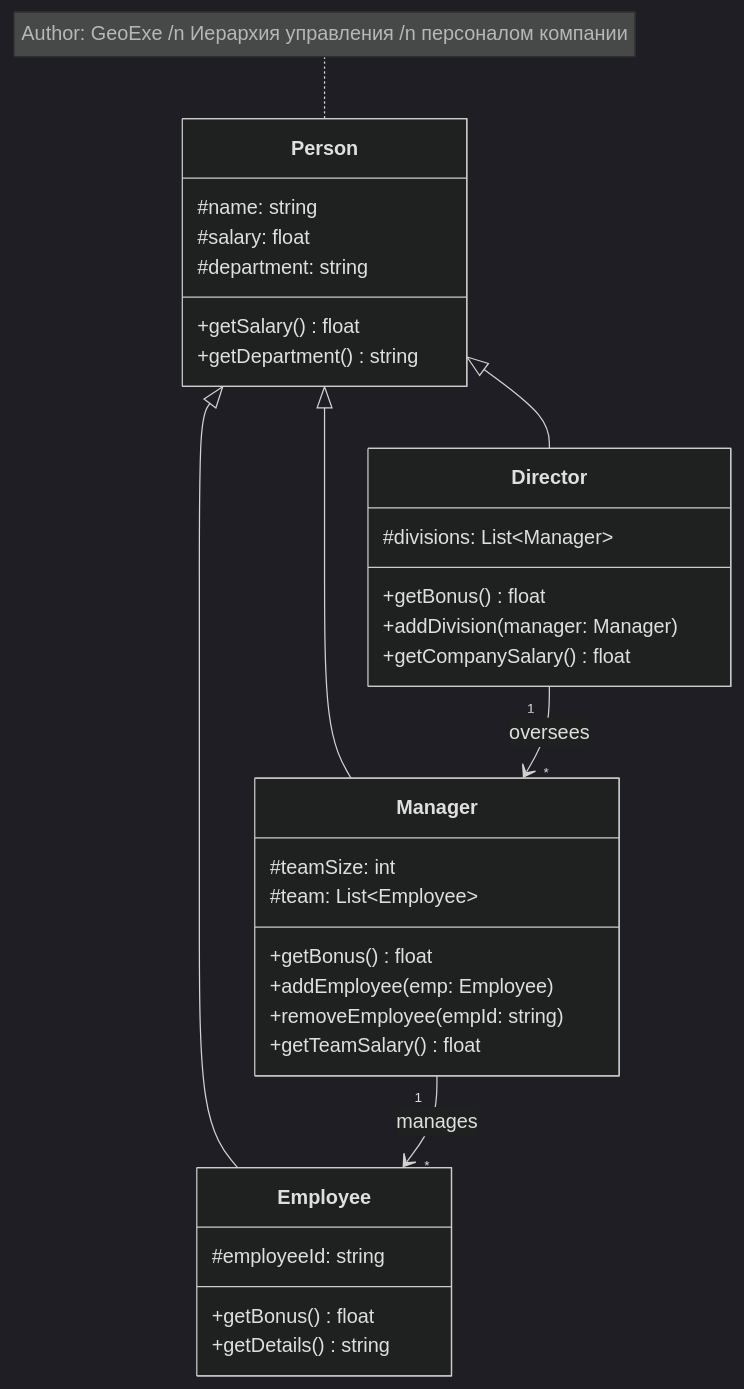
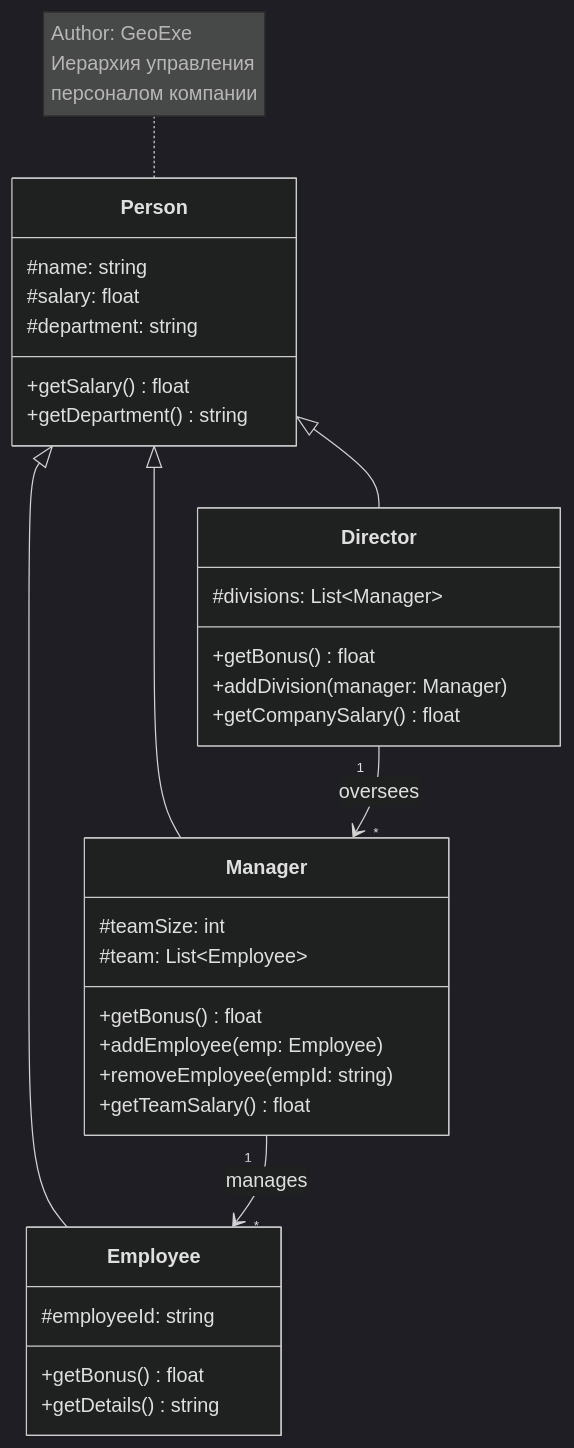
The diagram in artifacts/diagram_3_code.md (GeoExe6265/Testing_Mermaid), drawn with Mermaid (dark theme) before and after one commit.

````diff
--- a/artifacts/diagram_3_code.md
+++ b/artifacts/diagram_3_code.md
@@ -1,40 +1,40 @@
 ```mermaid
 classDiagram
     class Person {
         #name: string
         #salary: float
         #department: string
         +getSalary() float
         +getDepartment() string
     }
     
     class Employee {
         #employeeId: string
         +getBonus() float
         +getDetails() string
     }
     
     class Manager {
         #teamSize: int
         #team: List~Employee~
         +getBonus() float
         +addEmployee(emp: Employee)
         +removeEmployee(empId: string)
         +getTeamSalary() float
     }
     
     class Director {
         #divisions: List~Manager~
         +getBonus() float
         +addDivision(manager: Manager)
         +getCompanySalary() float
     }
     
     Person <|-- Employee
     Person <|-- Manager
     Person <|-- Director
     Manager "1" --> "*" Employee: manages
     Director "1" --> "*" Manager: oversees
     
-    note for Person "Author: GeoExe /n Иерархия управления /n персоналом компании"
+    note for Person "Author: GeoExe</br>Иерархия управления</br>персоналом компании"
 ```
````
